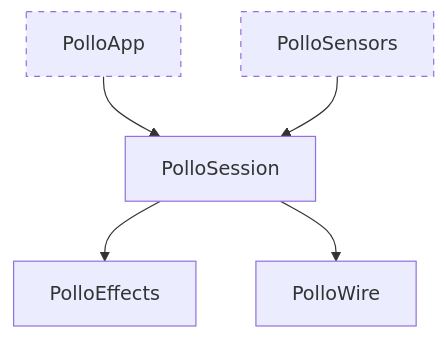
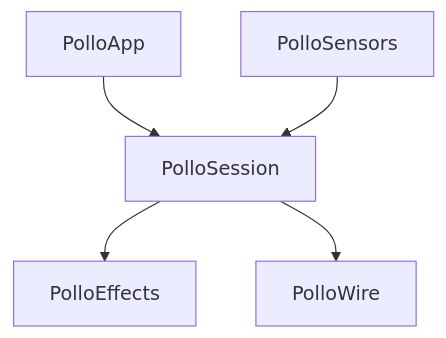
Before and after one commit to tobiasMarion/pollo: the first of 3 diagrams in apps/mobile/README.md, drawn with Mermaid. The commit also changed other lines of this file and 32 other files, not shown here.

````diff
--- a/apps/mobile/README.md
+++ b/apps/mobile/README.md
@@ -19,15 +85,15 @@
 ```mermaid
 flowchart TB
-    app[PolloApp]:::todo
-    sensors[PolloSensors]:::todo
+    app[PolloApp]
+    sensors[PolloSensors]
     session[PolloSession]
     effects[PolloEffects]
     wire[PolloWire]
 
     app --> session
     sensors --> session
     session --> effects
     session --> wire
 
     classDef todo stroke-dasharray: 5 5
 ```
````
